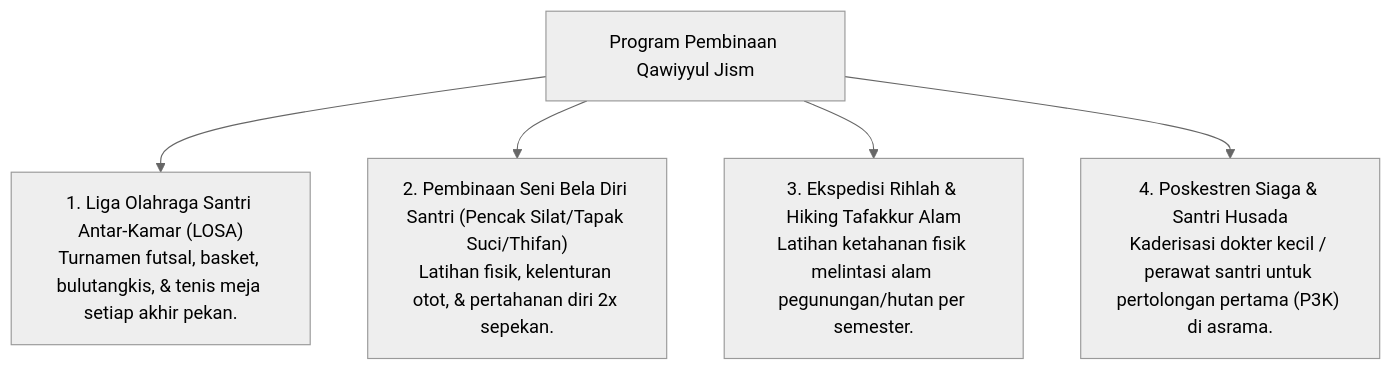
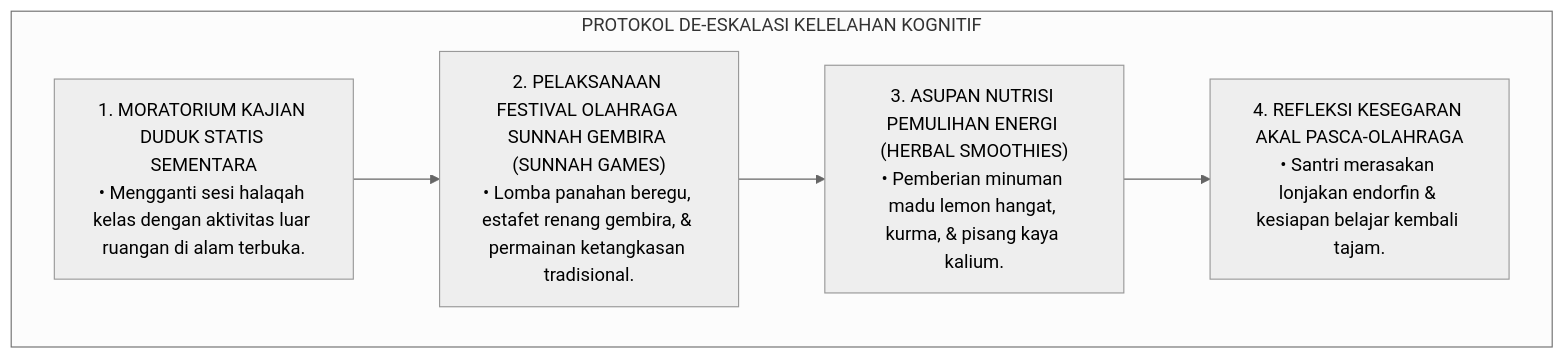
Before and after one commit to wandiapriliyandi/tumbuh: the fifth of 7 diagrams in 03 Capacity Framework/07 Qawiyyul Jism/P3-07-11-Program-Pembinaan-dan-Halaqah.md, drawn with Mermaid (neutral theme). The commit also changed other lines of this file and 14 other files, not shown here.

Commit message:
docs(03-capacity): complete 15 research monographs for 07 Qawiyyul Jism

````diff
--- a/03 Capacity Framework/07 Qawiyyul Jism/P3-07-11-Program-Pembinaan-dan-Halaqah.md
+++ b/03 Capacity Framework/07 Qawiyyul Jism/P3-07-11-Program-Pembinaan-dan-Halaqah.md
@@ -10,9 +131,14 @@
 ```mermaid
-graph TD
-    Program["Program Pembinaan Qawiyyul Jism"]
-    
-    Program --> P1["1. Liga Olahraga Santri Antar-Kamar (LOSA)<br/>Turnamen futsal, basket, bulutangkis, & tenis meja setiap akhir pekan."]
-    Program --> P2["2. Pembinaan Seni Bela Diri Santri (Pencak Silat/Tapak Suci/Thifan)<br/>Latihan fisik, kelenturan otot, & pertahanan diri 2x sepekan."]
-    Program --> P3["3. Ekspedisi Rihlah & Hiking Tafakkur Alam<br/>Latihan ketahanan fisik melintasi alam pegunungan/hutan per semester."]
-    Program --> P4["4. Poskestren Siaga & Santri Husada<br/>Kaderisasi dokter kecil / perawat santri untuk pertolongan pertama (P3K) di asrama."]
+flowchart TD
+    subgraph ProtokolDeeskalasiBurnout["PROTOKOL DE-ESKALASI KELELAHAN KOGNITIF"]
+        Step1["1. MORATORIUM KAJIAN DUDUK STATIS SEMENTARA<br/>• Mengganti sesi halaqah kelas dengan aktivitas luar ruangan di alam terbuka."]
+        
+        Step2["2. PELAKSANAAN FESTIVAL OLAHRAGA SUNNAH GEMBIRA (SUNNAH GAMES)<br/>• Lomba panahan beregu, estafet renang gembira, & permainan ketangkasan tradisional."]
+        
+        Step3["3. ASUPAN NUTRISI PEMULIHAN ENERGI (HERBAL SMOOTHIES)<br/>• Pemberian minuman madu lemon hangat, kurma, & pisang kaya kalium."]
+        
+        Step4["4. REFLEKSI KESEGARAN AKAL PASCA-OLAHRAGA<br/>• Santri merasakan lonjakan endorfin & kesiapan belajar kembali tajam."]
+        
+        Step1 --> Step2 --> Step3 --> Step4
+    end
 ```
````
